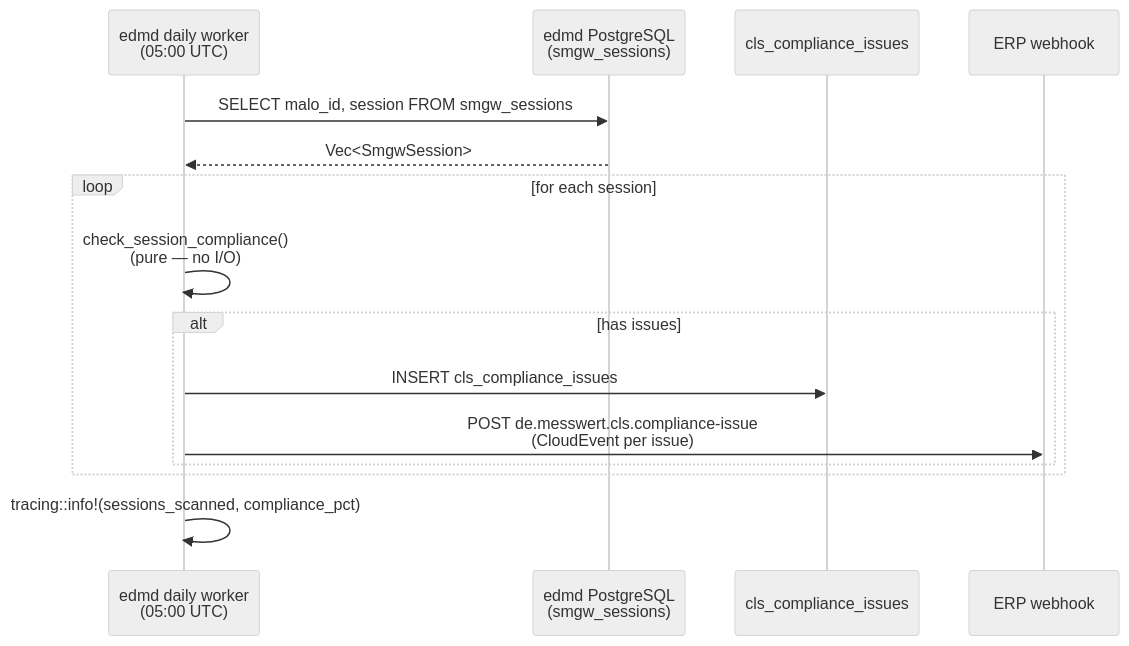
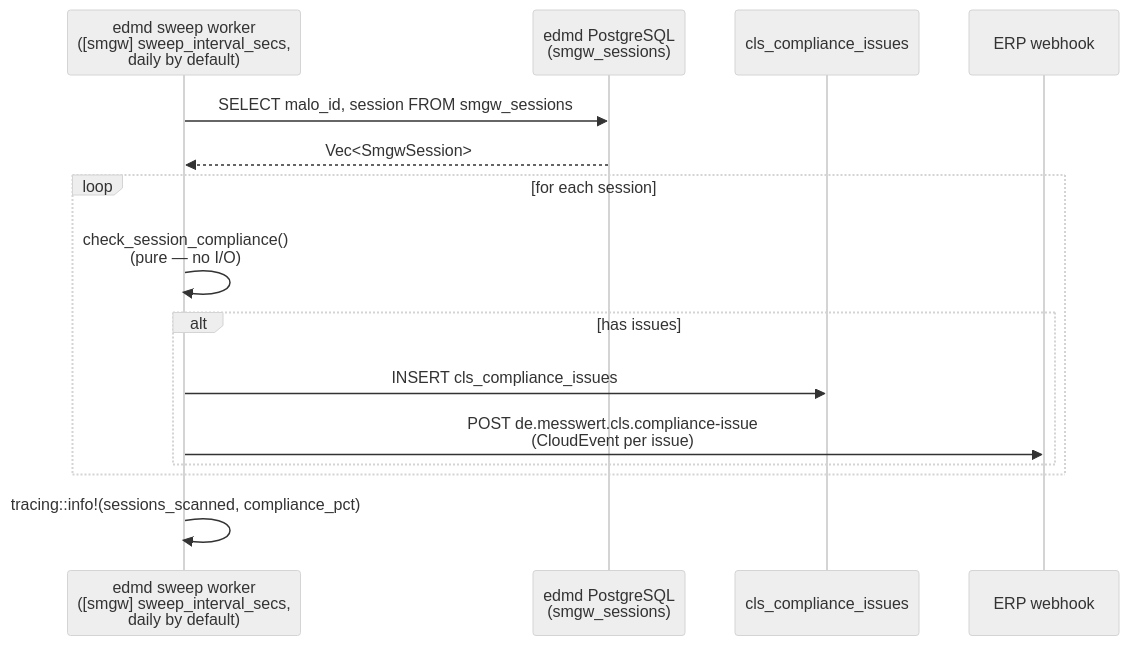
The fourth of 4 diagrams in site/content/docs/services/edmd.md (hupe1980/mako), drawn with Mermaid (neutral theme) before and after one commit. The commit also changed other lines of this file and 490 other files, not shown here.

````diff
--- a/site/content/docs/services/edmd.md
+++ b/site/content/docs/services/edmd.md
@@ -2983,18 +3188,18 @@
 ```mermaid
 sequenceDiagram
-    participant Worker as edmd daily worker<br/>(05:00 UTC)
+    participant Worker as edmd sweep worker<br/>([smgw] sweep_interval_secs,<br/>daily by default)
     participant DB as edmd PostgreSQL<br/>(smgw_sessions)
     participant Log as cls_compliance_issues
     participant ERP as ERP webhook
 
     Worker->>DB: SELECT malo_id, session FROM smgw_sessions
     DB-->>Worker: Vec<SmgwSession>
     loop for each session
         Worker->>Worker: check_session_compliance()<br/>(pure — no I/O)
         alt has issues
             Worker->>Log: INSERT cls_compliance_issues
             Worker->>ERP: POST de.messwert.cls.compliance-issue<br/>(CloudEvent per issue)
         end
     end
     Worker->>Worker: tracing::info!(sessions_scanned, compliance_pct)
 ```
````
